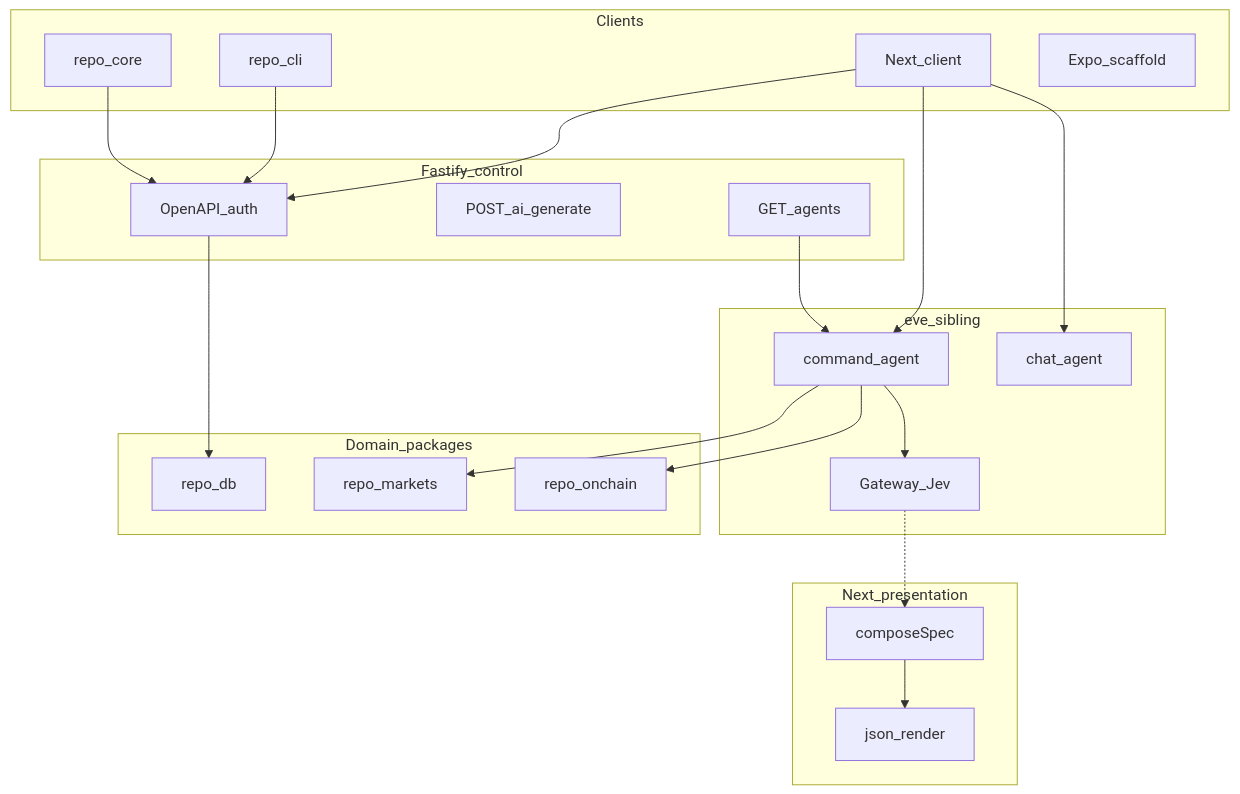
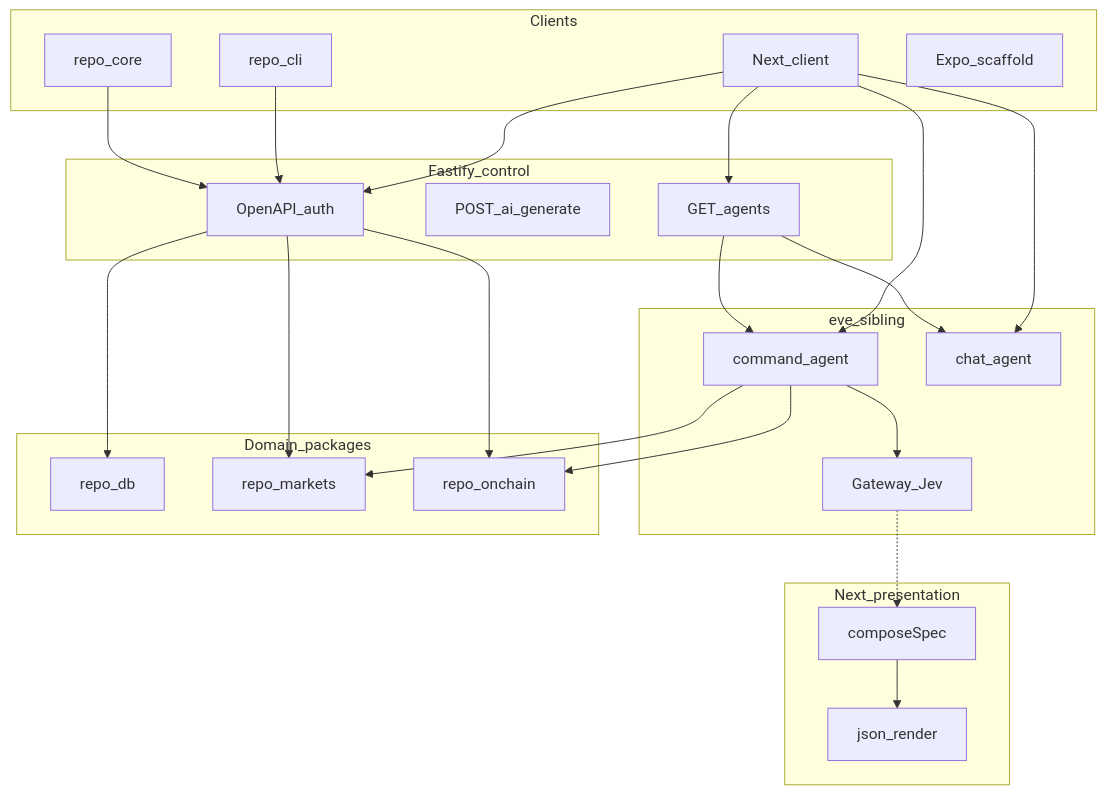
Before and after one commit to blockmatic/basilic: the diagram in apps/docu/content/docs/architecture/index.mdx, drawn with Mermaid. The commit also changed 18 other files, not shown here.

````diff
--- a/apps/docu/content/docs/architecture/index.mdx
+++ b/apps/docu/content/docs/architecture/index.mdx
@@ -12,40 +12,44 @@
 ```mermaid
 flowchart TB
   subgraph clients [Clients]
     Web[Next_client]
     CLI[repo_cli]
     SDK[repo_core]
     Mobile[Expo_scaffold]
   end
   subgraph control [Fastify_control]
     API[OpenAPI_auth]
     Generate[POST_ai_generate]
     AgentsMeta[GET_agents]
   end
   subgraph eveHost [eve_sibling]
     Command[command_agent]
     Chat[chat_agent]
     Jev[Gateway_Jev]
   end
   subgraph domain [Domain_packages]
     Db[repo_db]
     Markets[repo_markets]
     Onchain[repo_onchain]
   end
   subgraph present [Next_presentation]
     Compose[composeSpec]
     Spec[json_render]
   end
   Web --> API
   CLI --> API
   SDK --> API
+  Web --> AgentsMeta
   Web --> Command
   Web --> Chat
   AgentsMeta --> Command
+  AgentsMeta --> Chat
   Command --> Jev
   Command --> Markets
   Command --> Onchain
   API --> Db
+  API --> Markets
+  API --> Onchain
   Compose --> Spec
   Jev -.-> Compose
 ```
````
